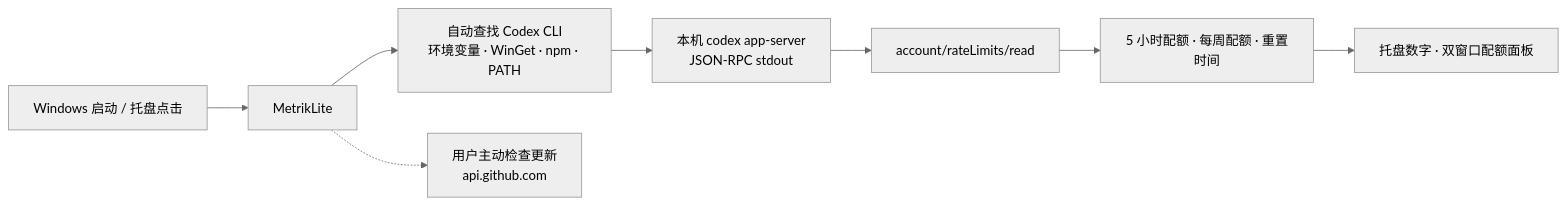
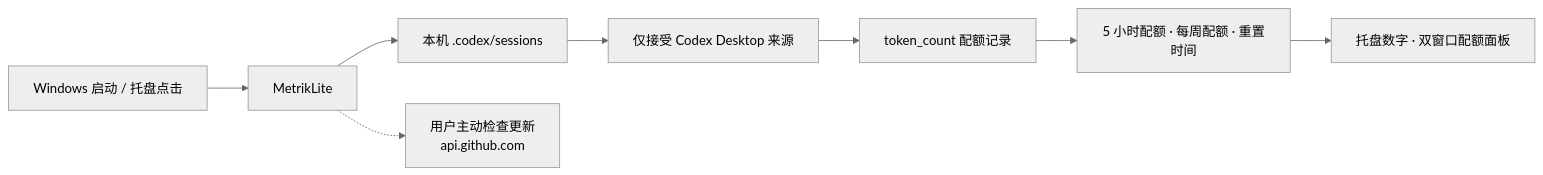
Before and after one commit to mors-lee/MetrikLite: the diagram in README.md, drawn with Mermaid (neutral theme). The commit also changed other lines of this file and 13 other files, not shown here.

````diff
--- a/README.md
+++ b/README.md
@@ -95,10 +95,10 @@
 ```mermaid
 flowchart LR
     A["Windows 启动 / 托盘点击"] --> B["MetrikLite"]
-    B --> C["自动查找 Codex CLI<br/>环境变量 · WinGet · npm · PATH"]
-    C --> D["本机 codex app-server<br/>JSON-RPC stdout"]
-    D --> E["account/rateLimits/read"]
+    B --> C["本机 .codex/sessions"]
+    C --> D["仅接受 Codex Desktop 来源"]
+    D --> E["token_count 配额记录"]
     E --> F["5 小时配额 · 每周配额 · 重置时间"]
     F --> G["托盘数字 · 双窗口配额面板"]
     B -.-> H["用户主动检查更新<br/>api.github.com"]
 ```
````
